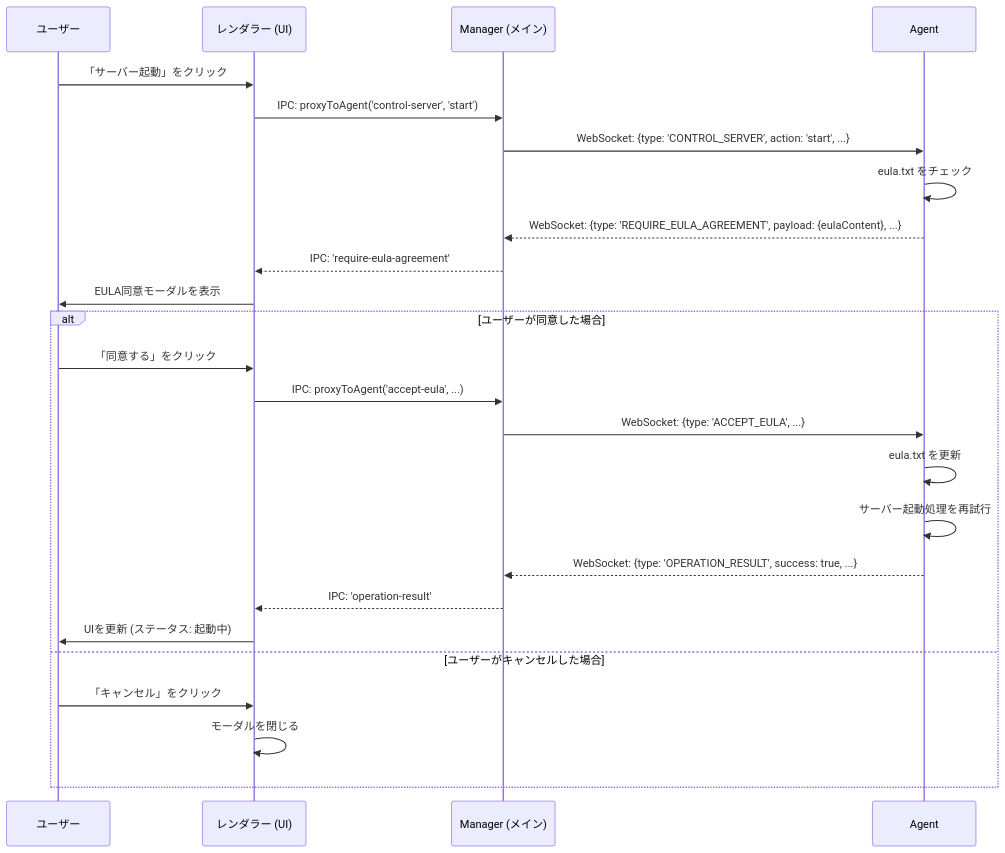
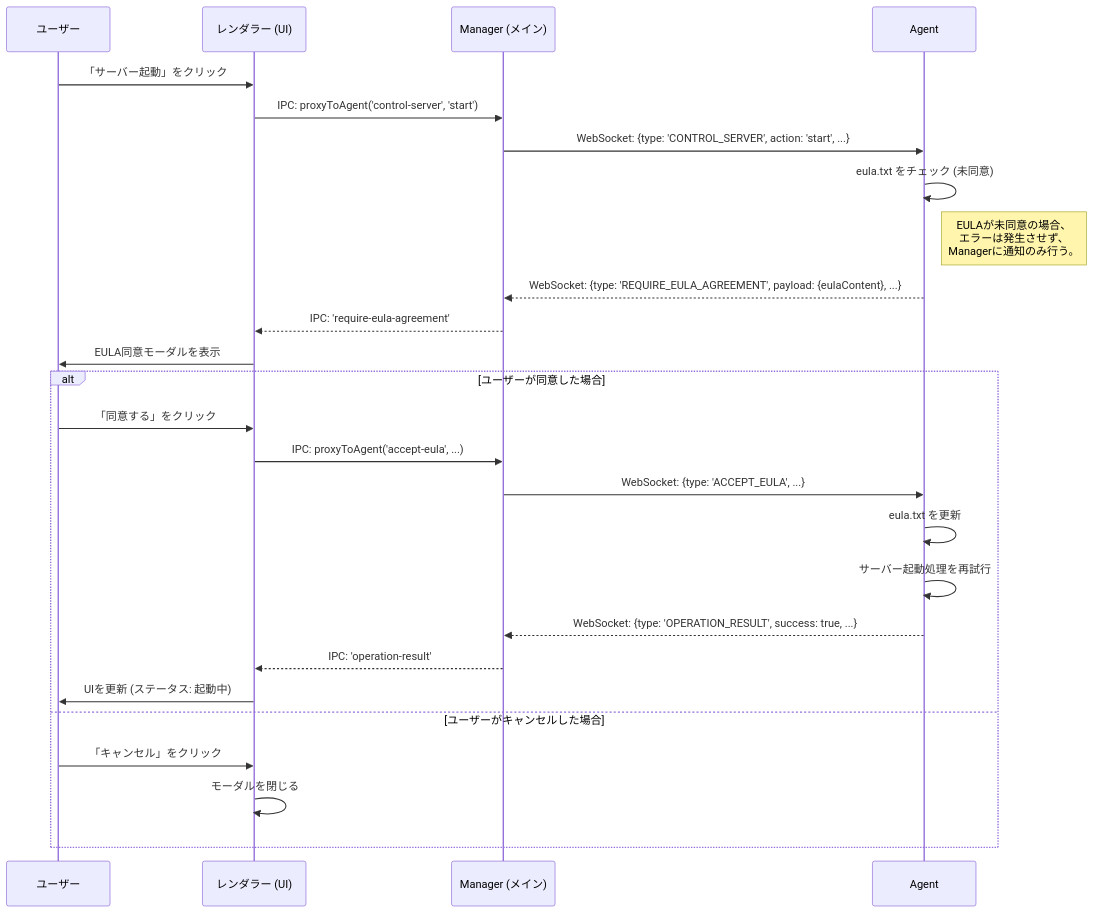
The fourth of 6 diagrams in markdown/docs/COMMUNICATION_FLOW.md (Nekolite-Studio/NL-ServerManager), drawn with Mermaid before and after one commit. The commit also changed other lines of this file and 18 other files, not shown here.

````diff
--- a/markdown/docs/COMMUNICATION_FLOW.md
+++ b/markdown/docs/COMMUNICATION_FLOW.md
@@ -103,30 +103,31 @@
 ```mermaid
 sequenceDiagram
     participant User as ユーザー
     participant Renderer as レンダラー (UI)
     participant Main as Manager (メイン)
     participant Agent
 
     User->>Renderer: 「サーバー起動」をクリック
     Renderer->>Main: IPC: proxyToAgent('control-server', 'start')
     Main->>Agent: WebSocket: {type: 'CONTROL_SERVER', action: 'start', ...}
 
-    Agent->>Agent: eula.txt をチェック
+    Agent->>Agent: eula.txt をチェック (未同意)
+    note right of Agent: EULAが未同意の場合、<br>エラーは発生させず、<br>Managerに通知のみ行う。
     Agent-->>Main: WebSocket: {type: 'REQUIRE_EULA_AGREEMENT', payload: {eulaContent}, ...}
     Main-->>Renderer: IPC: 'require-eula-agreement'
     Renderer->>User: EULA同意モーダルを表示
 
     alt ユーザーが同意した場合
         User->>Renderer: 「同意する」をクリック
         Renderer->>Main: IPC: proxyToAgent('accept-eula', ...)
         Main->>Agent: WebSocket: {type: 'ACCEPT_EULA', ...}
         Agent->>Agent: eula.txt を更新
         Agent->>Agent: サーバー起動処理を再試行
         Agent-->>Main: WebSocket: {type: 'OPERATION_RESULT', success: true, ...}
         Main-->>Renderer: IPC: 'operation-result'
         Renderer->>User: UIを更新 (ステータス: 起動中)
     else ユーザーがキャンセルした場合
         User->>Renderer: 「キャンセル」をクリック
         Renderer->>Renderer: モーダルを閉じる
     end
 ```
````
